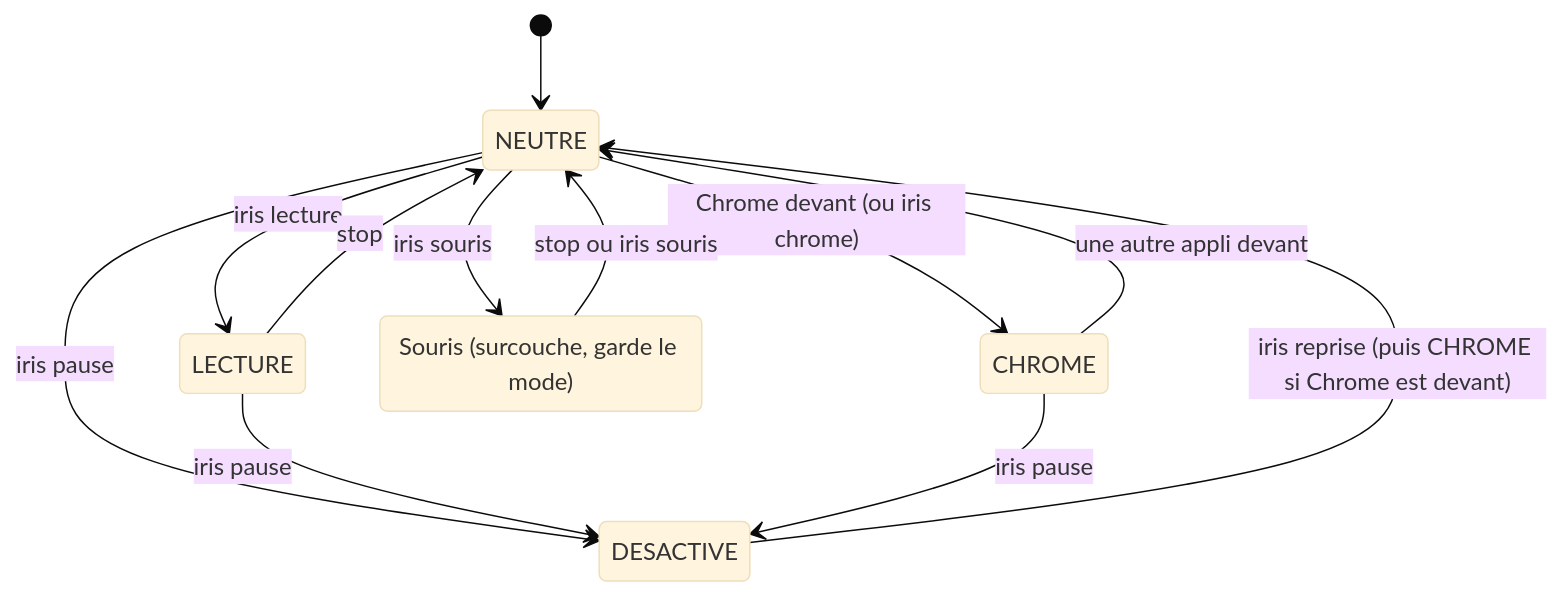
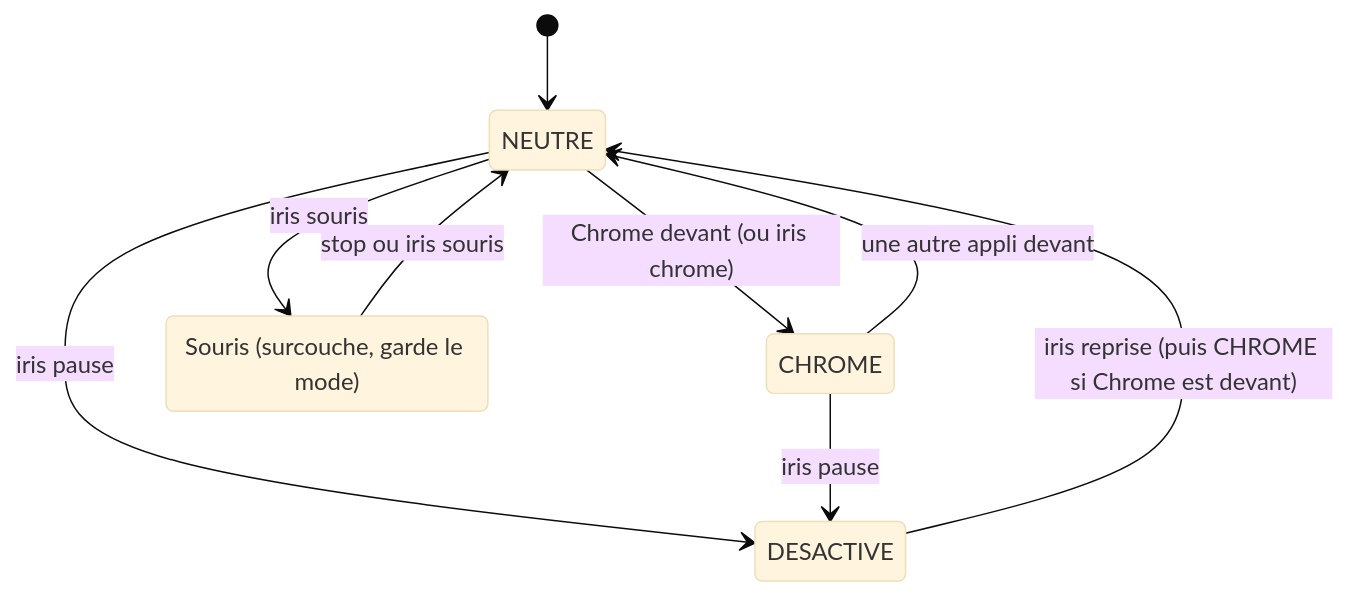
Before and after one commit to IIsalSaili/MotionZero: the second of 2 diagrams in docs/guide/02-utilisation.md, drawn with Mermaid (base theme). The commit also changed other lines of this file and 29 other files, not shown here.

````diff
--- a/docs/guide/02-utilisation.md
+++ b/docs/guide/02-utilisation.md
@@ -81,15 +81,12 @@
 ```mermaid
 stateDiagram-v2
     [*] --> NEUTRE
-    NEUTRE --> LECTURE : iris lecture
     NEUTRE --> CHROME : Chrome devant (ou iris chrome)
     CHROME --> NEUTRE : une autre appli devant
-    LECTURE --> NEUTRE : stop
     NEUTRE --> DESACTIVE : iris pause
-    LECTURE --> DESACTIVE : iris pause
     CHROME --> DESACTIVE : iris pause
     DESACTIVE --> NEUTRE : iris reprise (puis CHROME si Chrome est devant)
     state "Souris (surcouche, garde le mode)" as SOURIS
     NEUTRE --> SOURIS : iris souris
     SOURIS --> NEUTRE : stop ou iris souris
 ```
````
